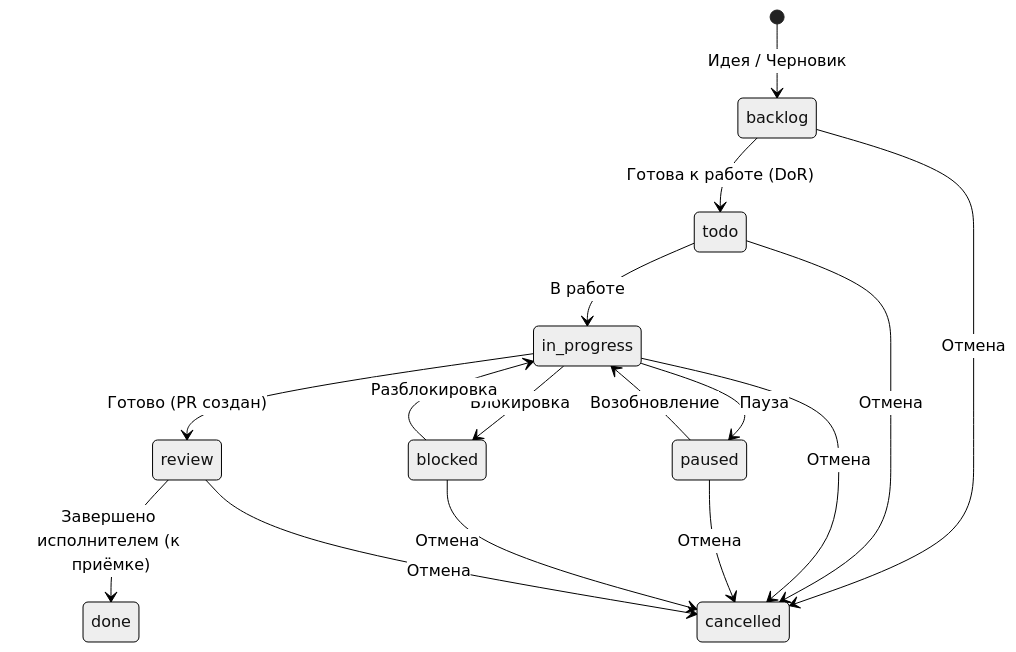
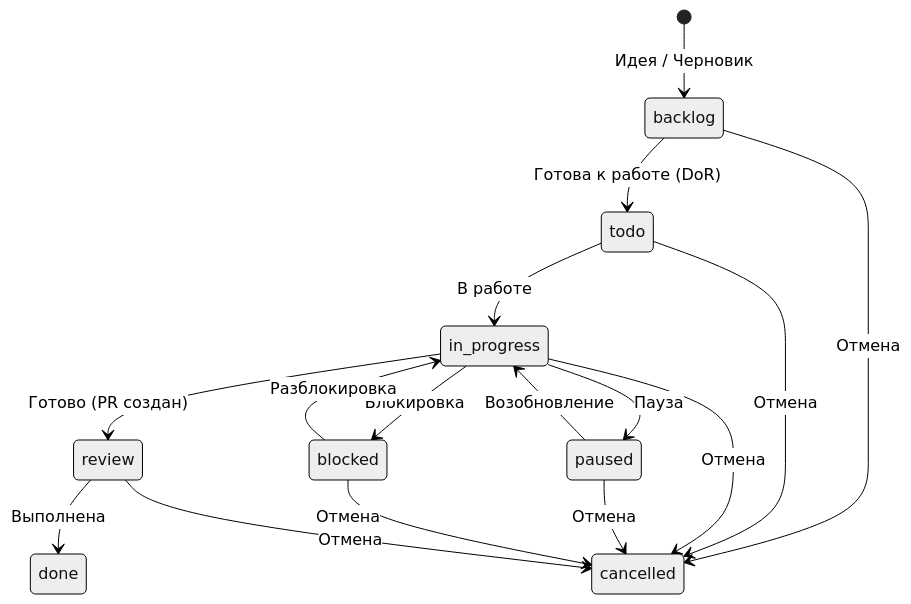
The diagram in docs/todo-md/reference/STATUSES.md (prikotov/todo-md), drawn with Mermaid (neutral theme) before and after one commit. The commit also changed 1 other file, not shown here.

Commit message:
docs(todo-md): simplify review-to-done diagram label / упростить подпись перехода

````diff
--- a/docs/todo-md/reference/STATUSES.md
+++ b/docs/todo-md/reference/STATUSES.md
@@ -34,21 +34,21 @@
 ```mermaid
 stateDiagram-v2
     [*] --> backlog: Идея / Черновик
     backlog --> todo: Готова к работе (DoR)
     todo --> in_progress: В работе
     in_progress --> review: Готово (PR создан)
-    review --> done: Завершено исполнителем (к приёмке)
+    review --> done: Выполнена
     
     in_progress --> paused: Пауза
     paused --> in_progress: Возобновление
     
     in_progress --> blocked: Блокировка
     blocked --> in_progress: Разблокировка
     
     backlog --> cancelled: Отмена
     todo --> cancelled: Отмена
     in_progress --> cancelled: Отмена
     paused --> cancelled: Отмена
     blocked --> cancelled: Отмена
     review --> cancelled: Отмена
 ```
````
